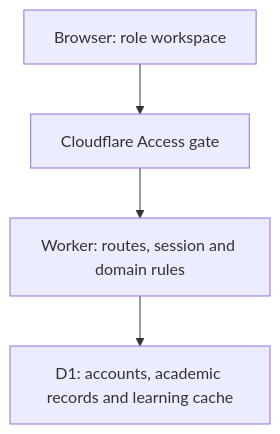
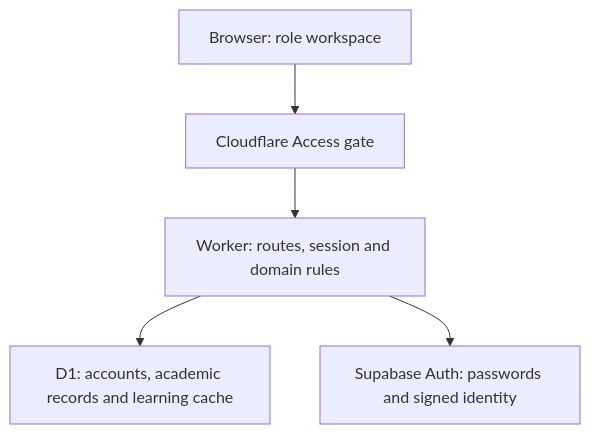
The diagram in docs/ARCHITECTURE.md (aiwithsiddhesh/uniadapt-learning), drawn with Mermaid before and after one commit. The commit also changed other lines of this file and 34 other files, not shown here.

First line of the commit message:
Integrate Supabase passwords for the private M01–M04 release

````diff
--- a/docs/ARCHITECTURE.md
+++ b/docs/ARCHITECTURE.md
@@ -5,6 +5,7 @@
 ```mermaid
 flowchart TD
   B["Browser: role workspace"] --> G["Cloudflare Access gate"]
   G --> W["Worker: routes, session and domain rules"]
   W --> D["D1: accounts, academic records and learning cache"]
+  W --> S["Supabase Auth: passwords and signed identity"]
 ```
````
